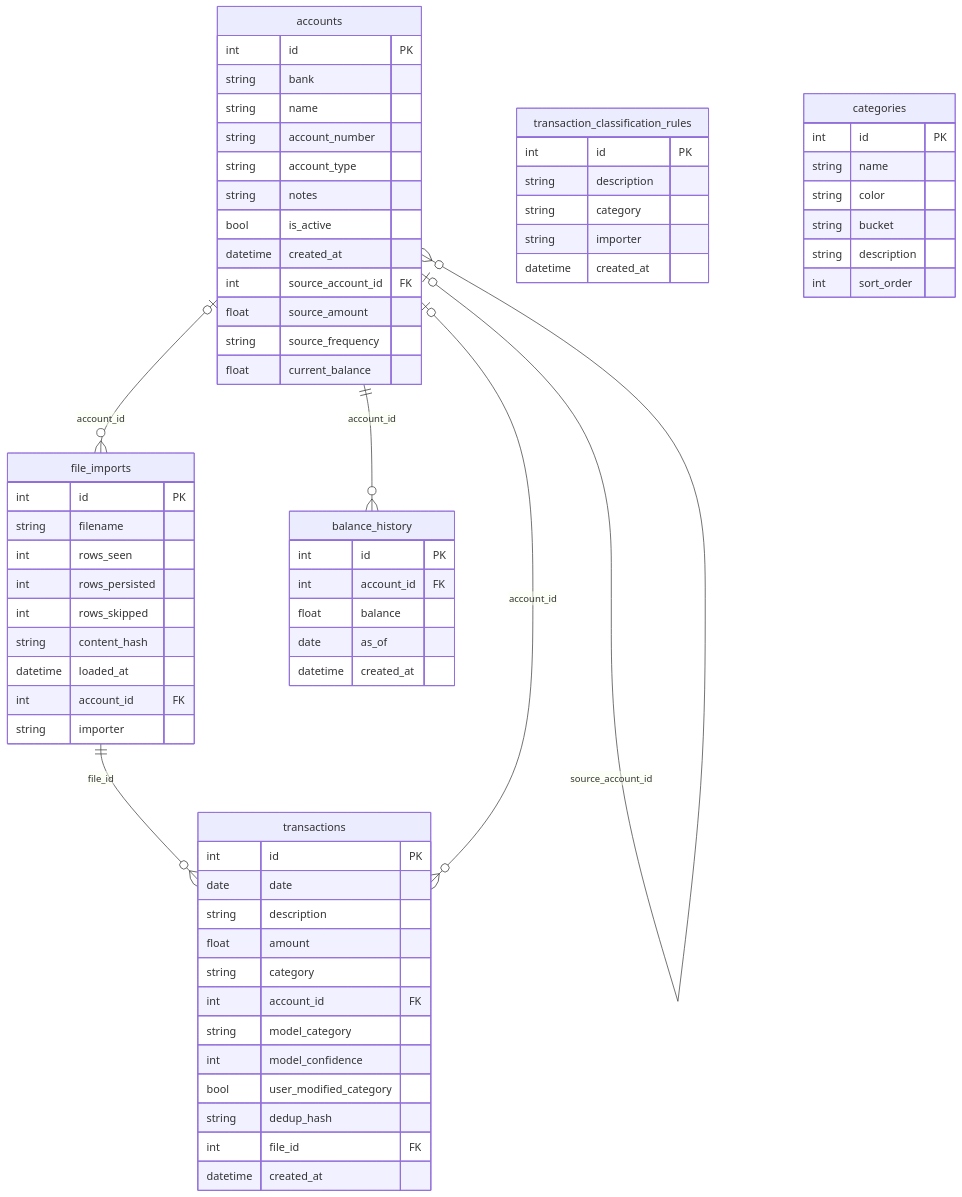
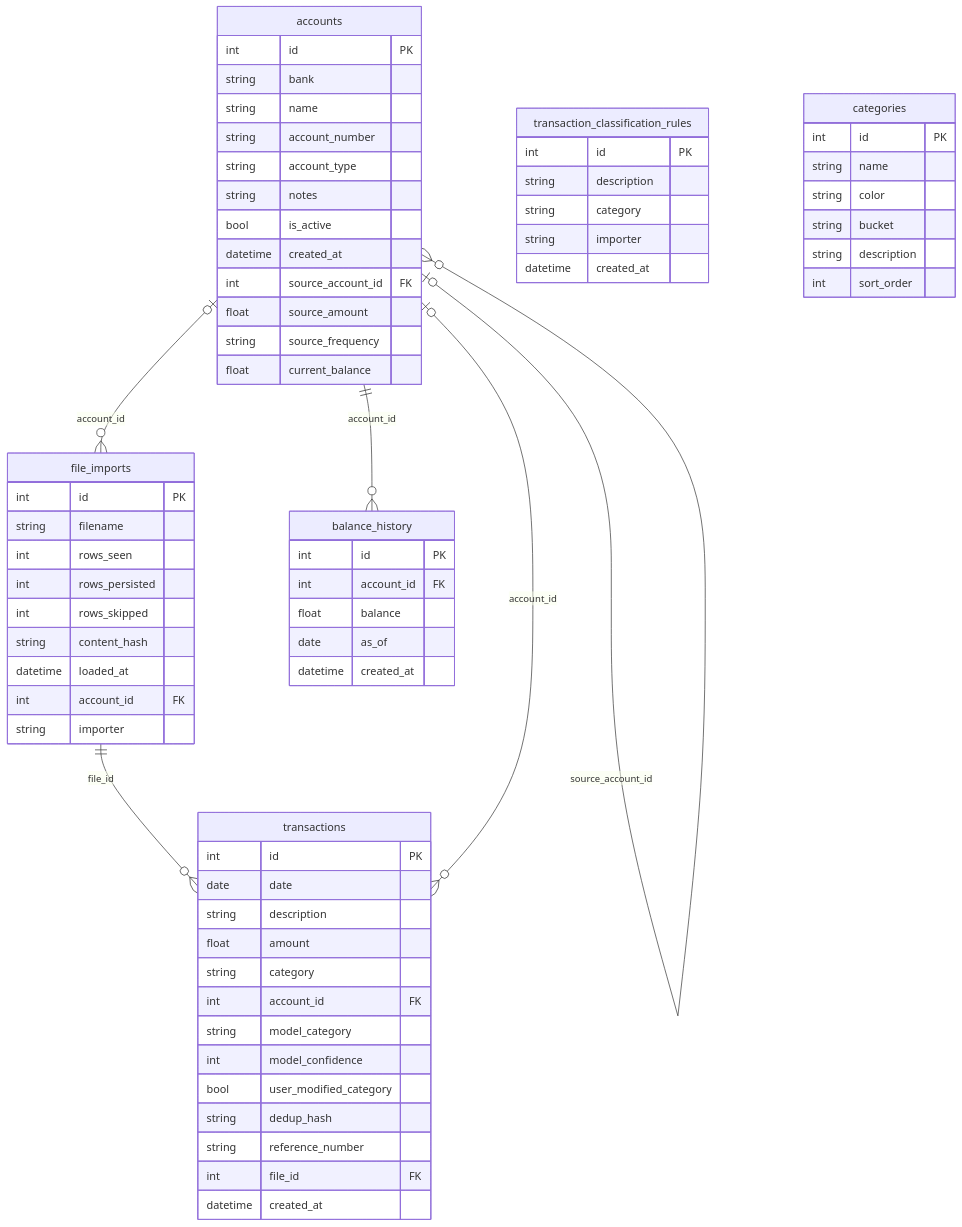
The diagram in README.md (ag-sd/faresight), drawn with Mermaid before and after one commit. The commit also changed 13 other files, not shown here.

````diff
--- a/README.md
+++ b/README.md
@@ -207,75 +207,76 @@
 ```mermaid
 erDiagram
     file_imports {
         int      id           PK
         string   filename
         int      rows_seen
         int      rows_persisted
         int      rows_skipped
         string   content_hash
         datetime loaded_at
         int      account_id   FK
         string   importer
     }
 
     accounts {
         int      id                 PK
         string   bank
         string   name
         string   account_number
         string   account_type
         string   notes
         bool     is_active
         datetime created_at
         int      source_account_id FK
         float    source_amount
         string   source_frequency
         float    current_balance
     }
 
     transactions {
         int      id                    PK
         date     date
         string   description
         float    amount
         string   category
         int      account_id            FK
         string   model_category
         int      model_confidence
         bool     user_modified_category
         string   dedup_hash
+        string   reference_number
         int      file_id               FK
         datetime created_at
     }
 
     transaction_classification_rules {
         int      id          PK
         string   description
         string   category
         string   importer
         datetime created_at
     }
 
     categories {
         int      id          PK
         string   name
         string   color
         string   bucket
         string   description
         int      sort_order
     }
 
     balance_history {
         int      id         PK
         int      account_id FK
         float    balance
         date     as_of
         datetime created_at
     }
 
     file_imports  ||--o{ transactions : "file_id"
     accounts      |o--o{ transactions : "account_id"
     accounts      |o--o{ accounts     : "source_account_id"
     accounts      |o--o{ file_imports : "account_id"
     accounts      ||--o{ balance_history : "account_id"
 ```
````
